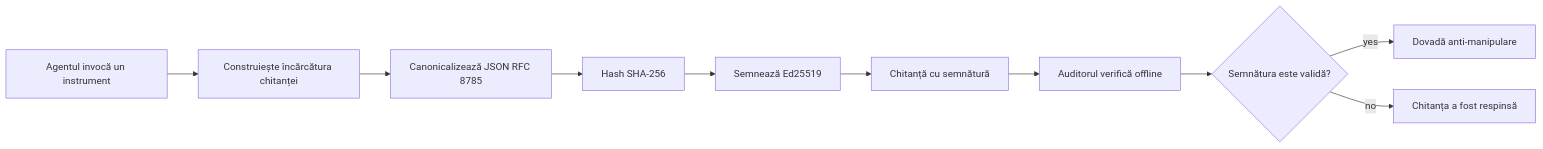
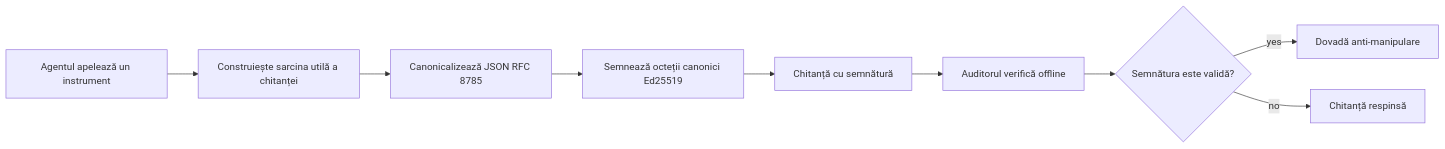
Before and after one commit to microsoft/ai-agents-for-beginners: the first of 2 diagrams in translations/ro/18-securing-ai-agents/README.md, drawn with Mermaid. The commit also changed other lines of this file and 46 other files, not shown here.

````diff
--- a/translations/ro/18-securing-ai-agents/README.md
+++ b/translations/ro/18-securing-ai-agents/README.md
@@ -51,12 +51,11 @@
 ```mermaid
 flowchart LR
-    A[Agentul invocă un instrument] --> B[Construiește încărcătura chitanței]
+    A[Agentul apelează un instrument] --> B[Construiește sarcina utilă a chitanței]
     B --> C[Canonicalizează JSON RFC 8785]
-    C --> D[Hash SHA-256]
-    D --> E[Semnează Ed25519]
+    C --> E[Semnează octeții canonici Ed25519]
     E --> F[Chitanță cu semnătură]
     F --> G[Auditorul verifică offline]
     G --> H{Semnătura este validă?}
     H -- yes --> I[Dovadă anti-manipulare]
-    H -- no --> J[Chitanța a fost respinsă]
+    H -- no --> J[Chitanță respinsă]
 ```
````
